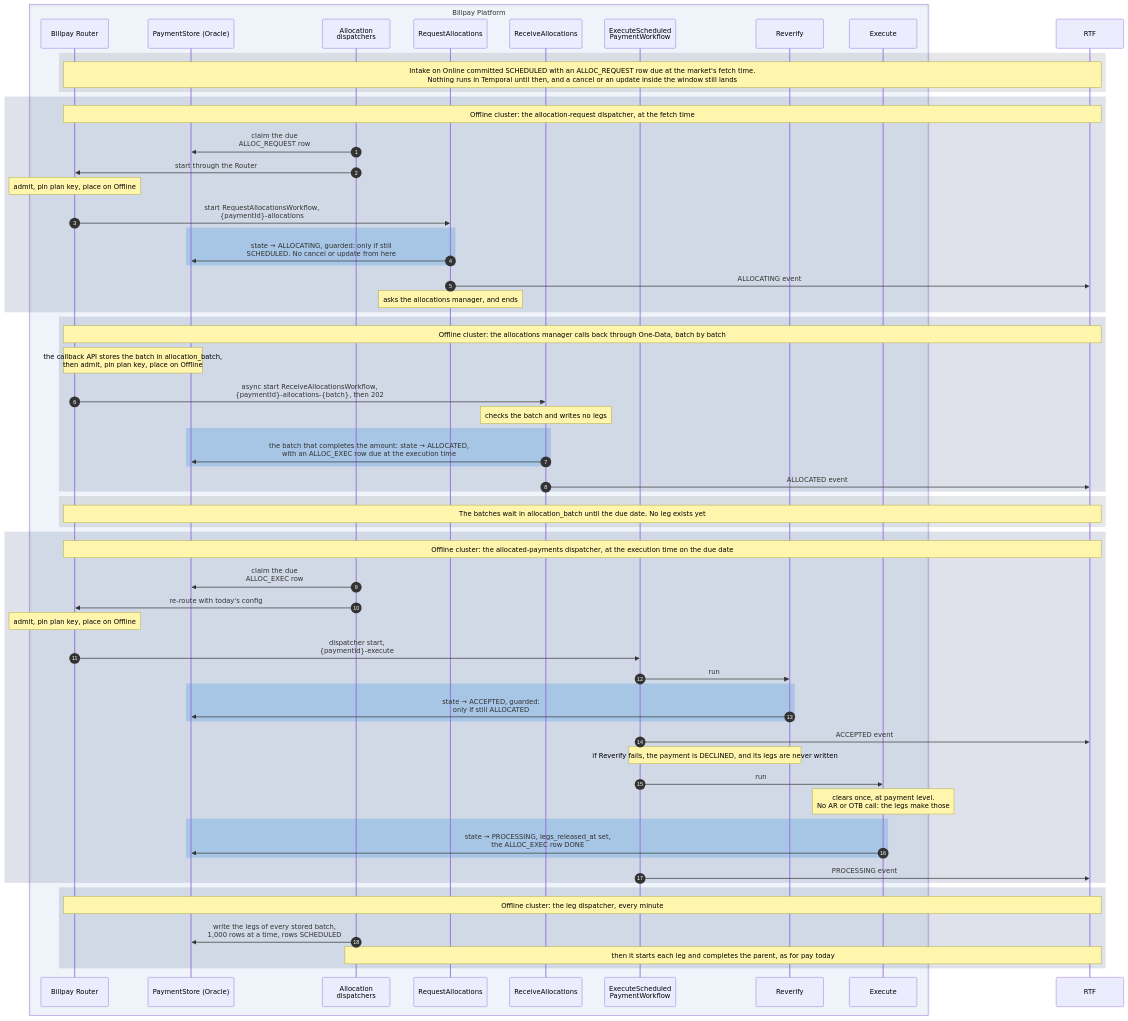
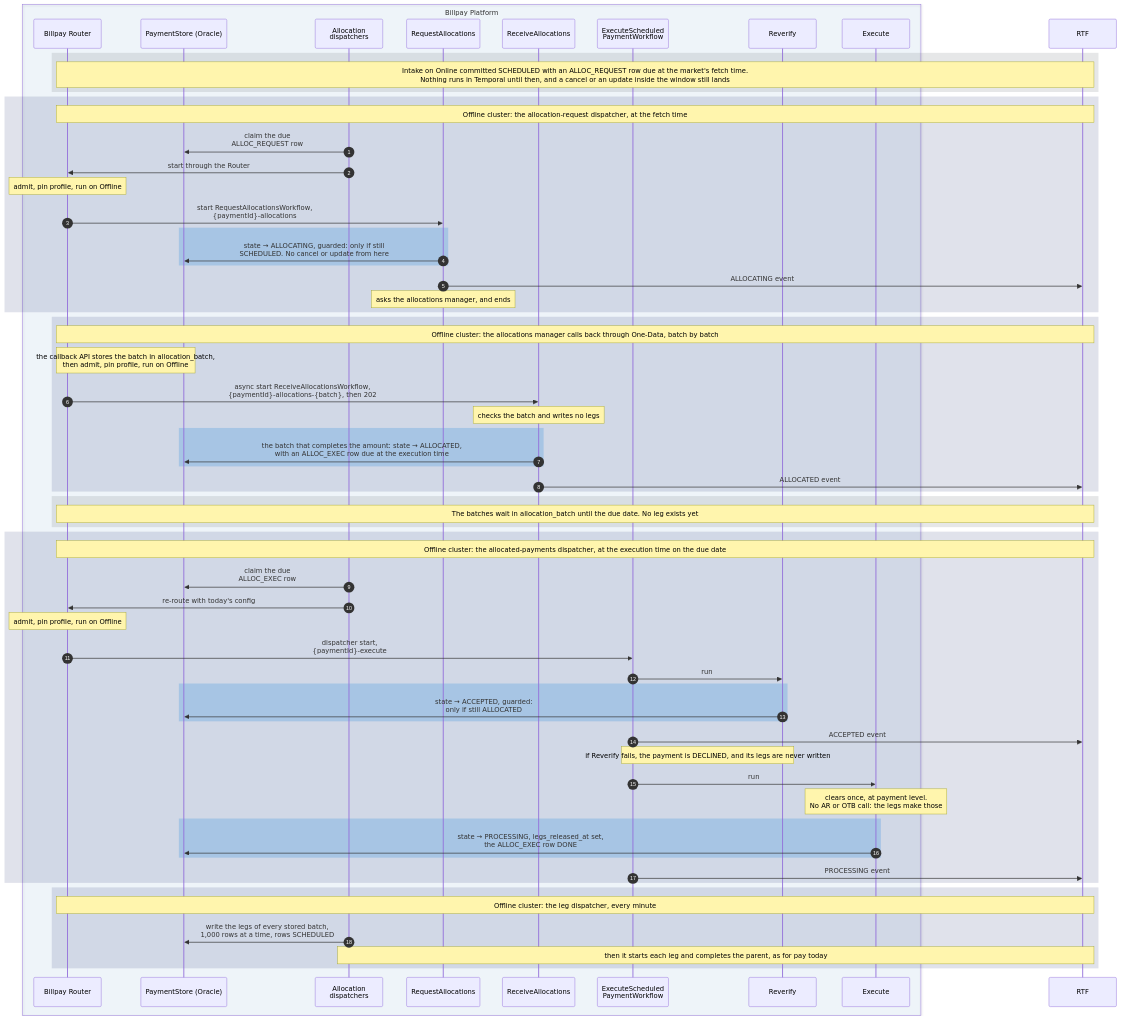
The fourth of 15 diagrams in website/docs/design/sequence-diagrams.md (arunav-bhattacharya/billpay-book), drawn with Mermaid before and after one commit. The commit also changed other lines of this file and 53 other files, not shown here.

First line of the commit message:
ResolvedProfile and RunSite, journey picking, diagrams, JetBrains Mono

````diff
--- a/website/docs/design/sequence-diagrams.md
+++ b/website/docs/design/sequence-diagrams.md
@@ -287,80 +287,80 @@
 ```mermaid
 ---
 config:
   fontFamily: "BentonSansUI, Helvetica, Arial, sans-serif"
   fontSize: 15
 ---
 sequenceDiagram
   autonumber
 
   box rgba(0,111,207,0.05) Billpay Platform
     participant R as Billpay Router
     participant PS as PaymentStore (Oracle)
     participant AD as Allocation<br/>dispatchers
     participant RQ as RequestAllocations
     participant RC as ReceiveAllocations
     participant XW as ExecuteScheduled<br/>PaymentWorkflow
     participant REV as Reverify
     participant EXE as Execute
   end
 
   participant RTF
 
   rect rgba(83,86,90,0.14)
     Note over R,RTF: Intake on Online committed SCHEDULED with an ALLOC_REQUEST row due at the market's fetch time.<br/>Nothing runs in Temporal until then, and a cancel or an update inside the window still lands
   end
 
   rect rgba(0,23,90,0.12)
     Note over R,RTF: Offline cluster: the allocation-request dispatcher, at the fetch time
     AD->>PS: claim the due<br/>ALLOC_REQUEST row
     AD->>R: start through the Router
-    Note over R: admit, pin plan key, place on Offline
+    Note over R: admit, pin profile, run on Offline
     R->>RQ: start RequestAllocationsWorkflow,<br/>{paymentId}-allocations
     rect rgba(102,169,226,0.40)
       RQ->>PS: state → ALLOCATING, guarded: only if still<br/>SCHEDULED. No cancel or update from here
     end
     RQ->>RTF: ALLOCATING event
     Note over RQ: asks the allocations manager, and ends
   end
 
   rect rgba(0,23,90,0.12)
     Note over R,RTF: Offline cluster: the allocations manager calls back through One-Data, batch by batch
-    Note over R,PS: the callback API stores the batch in allocation_batch,<br/>then admit, pin plan key, place on Offline
+    Note over R,PS: the callback API stores the batch in allocation_batch,<br/>then admit, pin profile, run on Offline
     R->>RC: async start ReceiveAllocationsWorkflow,<br/>{paymentId}-allocations-{batch}, then 202
     Note over RC: checks the batch and writes no legs
     rect rgba(102,169,226,0.40)
       RC->>PS: the batch that completes the amount: state → ALLOCATED,<br/>with an ALLOC_EXEC row due at the execution time
     end
     RC->>RTF: ALLOCATED event
   end
 
   rect rgba(83,86,90,0.14)
     Note over R,RTF: The batches wait in allocation_batch until the due date. No leg exists yet
   end
 
   rect rgba(0,23,90,0.12)
     Note over R,RTF: Offline cluster: the allocated-payments dispatcher, at the execution time on the due date
     AD->>PS: claim the due<br/>ALLOC_EXEC row
     AD->>R: re-route with today's config
-    Note over R: admit, pin plan key, place on Offline
+    Note over R: admit, pin profile, run on Offline
     R->>XW: dispatcher start,<br/>{paymentId}-execute
     XW->>REV: run
     rect rgba(102,169,226,0.40)
       REV->>PS: state → ACCEPTED, guarded:<br/>only if still ALLOCATED
     end
     XW->>RTF: ACCEPTED event
     Note over XW,REV: if Reverify fails, the payment is DECLINED, and its legs are never written
     XW->>EXE: run
     Note over EXE: clears once, at payment level.<br/>No AR or OTB call: the legs make those
     rect rgba(102,169,226,0.40)
       EXE->>PS: state → PROCESSING, legs_released_at set,<br/>the ALLOC_EXEC row DONE
     end
     XW->>RTF: PROCESSING event
   end
 
   rect rgba(0,23,90,0.12)
     Note over R,RTF: Offline cluster: the leg dispatcher, every minute
     AD->>PS: write the legs of every stored batch,<br/>1,000 rows at a time, rows SCHEDULED
     Note over AD,RTF: then it starts each leg and completes the parent, as for pay today
   end
 ```
````
